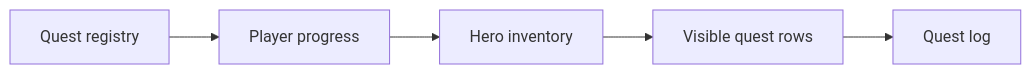
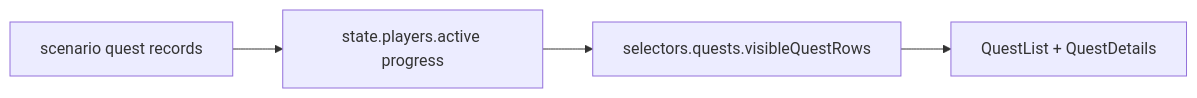
The second of 5 diagrams in docs/architecture/wiki/screens/11-quest-log/architecture.md (SunaNoOshiro/Heroes_Reforged_AI_Realms), drawn with Mermaid before and after one commit. The commit also changed other lines of this file and 518 other files, not shown here.

First line of the commit message:
Add doc-audit skill and sweep architecture/screen docs

````diff
--- a/docs/architecture/wiki/screens/11-quest-log/architecture.md
+++ b/docs/architecture/wiki/screens/11-quest-log/architecture.md
@@ -34,8 +41,7 @@
 ```mermaid
 flowchart LR
-  L0["Quest registry"] --> L1
-  L1["Player progress"] --> L2
-  L2["Hero inventory"] --> L3
-  L3["Visible quest rows"] --> L4
-  L4["Quest log"]
+  L0["scenario quest records"] --> L1
+  L1["state.players.active progress"] --> L2
+  L2["selectors.quests.visibleQuestRows"] --> L3
+  L3["QuestList + QuestDetails"]
 ```
````
